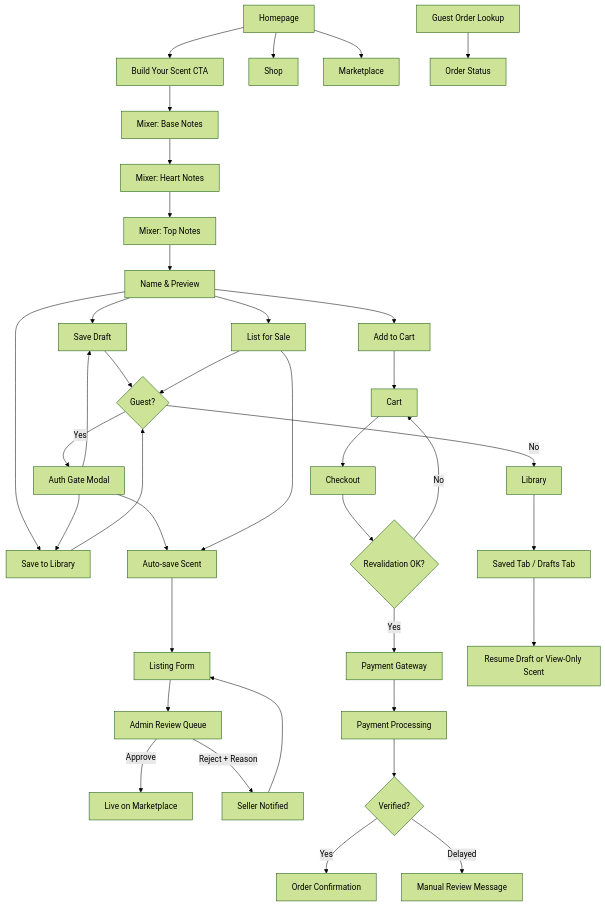
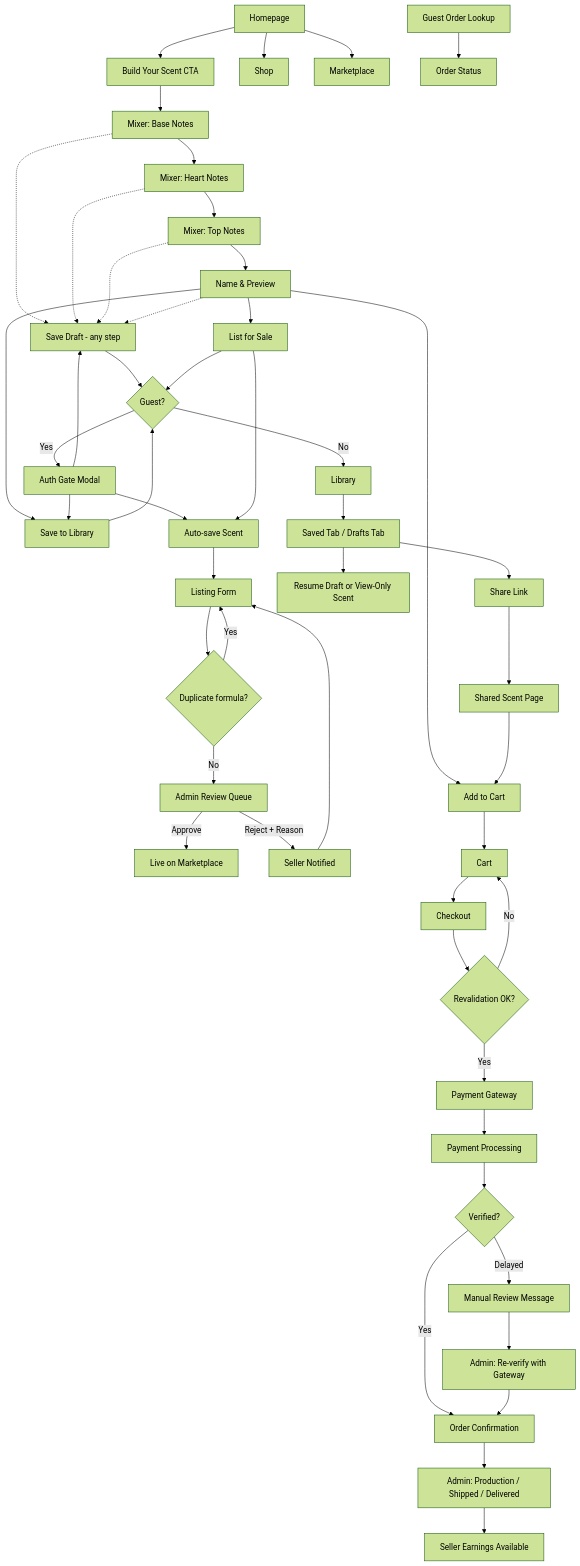
Before and after one commit to itschu/build-a-scent: the diagram in specs/Core_Flows_—_Build_a_Scent.md, drawn with Mermaid (forest theme). The commit also changed other lines of this file and 18 other files, not shown here.

````diff
--- a/specs/Core_Flows_—_Build_a_Scent.md
+++ b/specs/Core_Flows_—_Build_a_Scent.md
@@ -451,40 +500,52 @@
 ```mermaid
 flowchart TD
     A[Homepage] --> B[Build Your Scent CTA]
     A --> C[Shop]
     A --> D[Marketplace]
     B --> E[Mixer: Base Notes]
     E --> F[Mixer: Heart Notes]
     F --> G[Mixer: Top Notes]
     G --> H[Name & Preview]
     H --> I[Add to Cart]
-    H --> J[Save Draft]
+    E -.-> J[Save Draft - any step]
+    F -.-> J
+    G -.-> J
+    H -.-> J
     H --> K[Save to Library]
     H --> L[List for Sale]
     J --> M{Guest?}
     K --> M
     L --> M
     M -- Yes --> N[Auth Gate Modal]
     N --> J
     N --> K
     N --> O[Auto-save Scent]
     M -- No --> P[Library]
     L --> O
     O --> Q[Listing Form]
-    Q --> R[Admin Review Queue]
+    Q --> QD{Duplicate formula?}
+    QD -- Yes --> Q
+    QD -- No --> R[Admin Review Queue]
     R -- Approve --> S[Live on Marketplace]
     R -- Reject + Reason --> T[Seller Notified]
     T --> Q
     I --> U[Cart]
     U --> V[Checkout]
     V --> W{Revalidation OK?}
     W -- No --> U
     W -- Yes --> X[Payment Gateway]
     X --> Y[Payment Processing]
     Y --> Z{Verified?}
     Z -- Yes --> AA[Order Confirmation]
     Z -- Delayed --> AB[Manual Review Message]
     P --> AC[Saved Tab / Drafts Tab]
     AC --> AD[Resume Draft or View-Only Scent]
+    AC --> AG[Share Link]
+    AG --> AH[Shared Scent Page]
+    AH --> I
     AE[Guest Order Lookup] --> AF[Order Status]
+    AA --> AI[Admin: Production / Shipped / Delivered]
+    AB --> AJ[Admin: Re-verify with Gateway]
+    AJ --> AA
+    AI --> AK[Seller Earnings Available]
 ```
````
